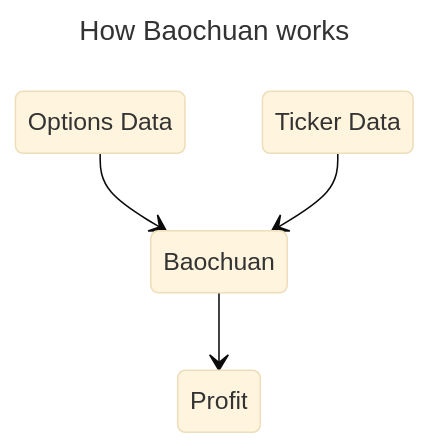
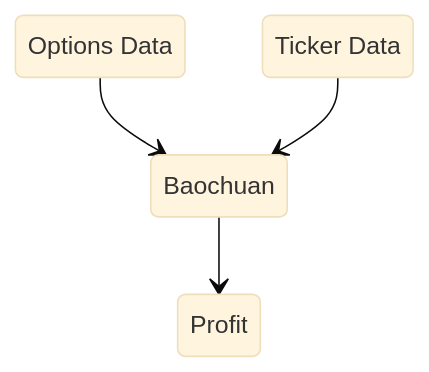
The diagram in README.md (ssoper/Baochuan), drawn with Mermaid (base theme) before and after one commit. The commit also changed other lines of this file and 2 other files, not shown here.

````diff
--- a/README.md
+++ b/README.md
@@ -7,11 +7,8 @@
 ```mermaid
----
-title: How Baochuan works
----
 stateDiagram-v2
     options: Options Data
     ticker: Ticker Data
     options --> Baochuan
     ticker --> Baochuan
     Baochuan --> Profit
 ```
````
